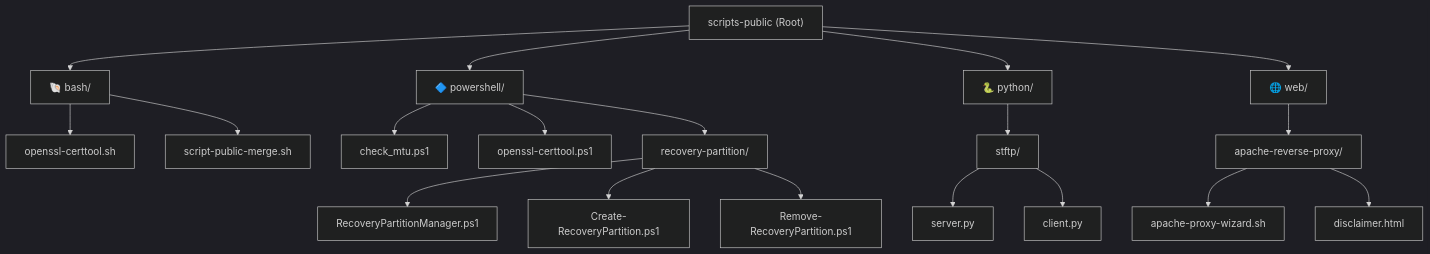
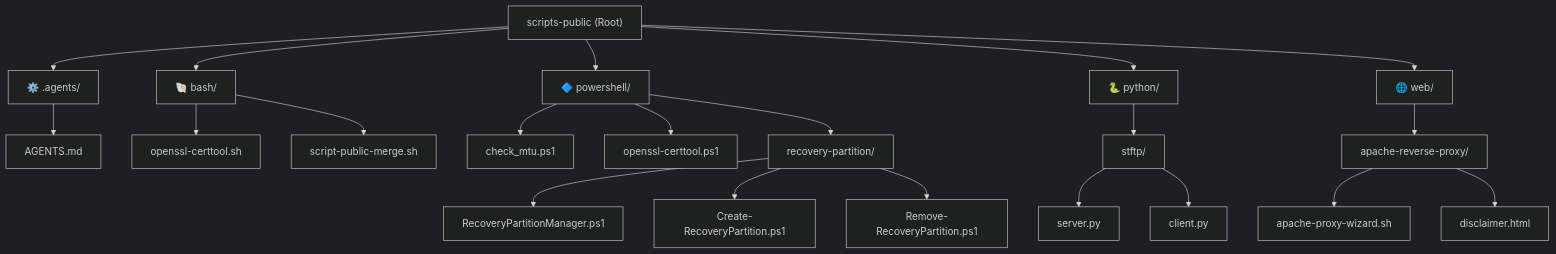
Before and after one commit to Richie086/scripts-public: the diagram in scripts_catalog.md, drawn with Mermaid (dark theme). The commit also changed other lines of this file and 2 other files, not shown here.

Commit message:
Configure workspace agent guidelines in .agents/AGENTS.md

````diff
--- a/scripts_catalog.md
+++ b/scripts_catalog.md
@@ -9,26 +9,28 @@
 ```mermaid
 graph TD
-    root["scripts-public (Root)"] --> bash["🐚 bash/"]
+    root["scripts-public (Root)"] --> agents["⚙️ .agents/"]
+    root --> bash["🐚 bash/"]
     root --> powershell["🔷 powershell/"]
     root --> python["🐍 python/"]
     root --> web["🌐 web/"]
 
+    agents --> agents_md["AGENTS.md"]
     bash --> cert_sh["openssl-certtool.sh"]
     bash --> merge_sh["script-public-merge.sh"]
 
     powershell --> check_mtu["check_mtu.ps1"]
     powershell --> cert_ps1["openssl-certtool.ps1"]
     powershell --> rec_part["recovery-partition/"]
 
     rec_part --> rp_mgr["RecoveryPartitionManager.ps1"]
     rec_part --> rp_c1["Create-RecoveryPartition.ps1"]
     rec_part --> rp_rem["Remove-RecoveryPartition.ps1"]
 
     python --> stftp["stftp/"]
     stftp --> stftp_srv["server.py"]
     stftp --> stftp_cli["client.py"]
 
     web --> proxy["apache-reverse-proxy/"]
     proxy --> proxy_sh["apache-proxy-wizard.sh"]
     proxy --> proxy_htm["disclaimer.html"]
 ```
````
